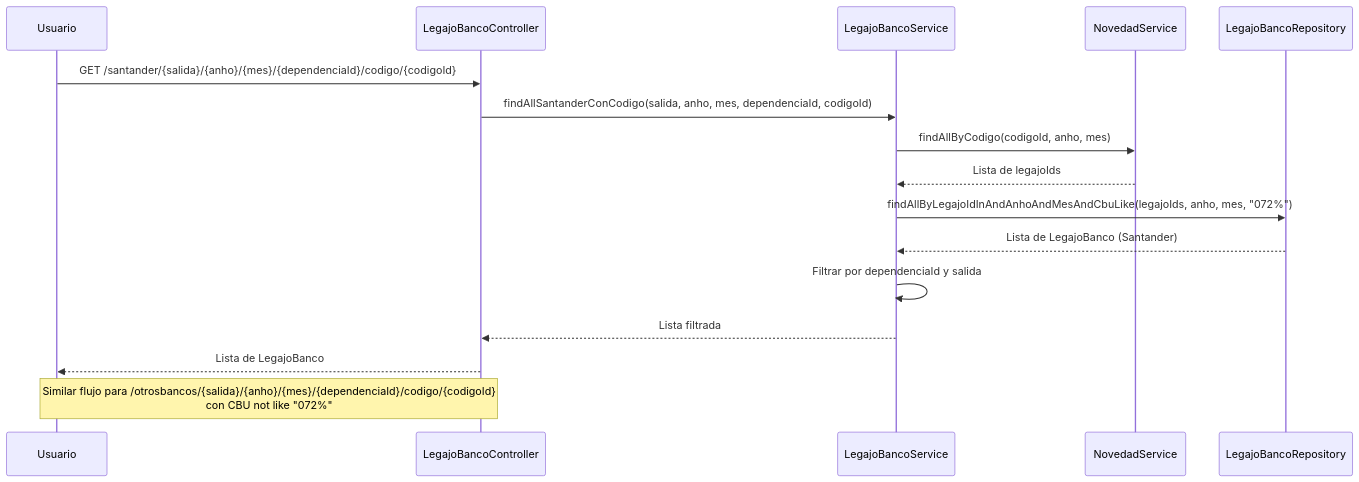
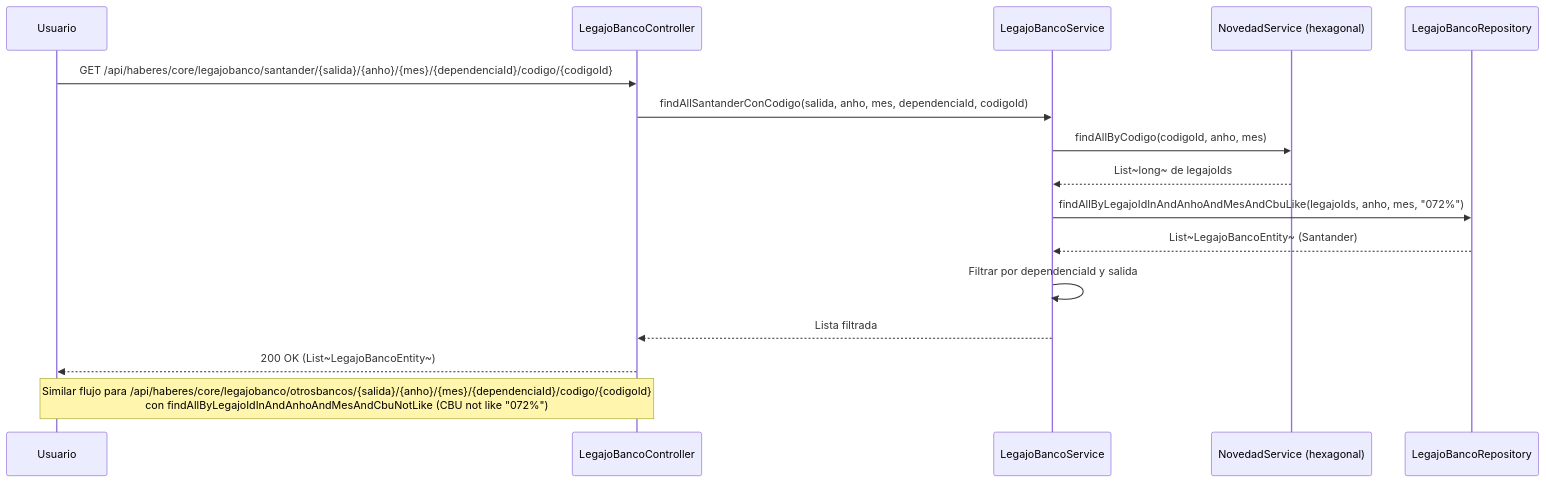
The diagram in docs/diagrams/flujo-legajobanco-filtro-codigo.mmd (UM-services/UM.haberes.core-service), drawn with Mermaid before and after one commit. The commit also changed 33 other files, not shown here.

First line of the commit message:
docs(diagrams): nuevos flujos y notas de 1.14.0

```diff
--- a/docs/diagrams/flujo-legajobanco-filtro-codigo.mmd
+++ b/docs/diagrams/flujo-legajobanco-filtro-codigo.mmd
@@ -1,18 +1,18 @@
 sequenceDiagram
     participant Usuario
     participant LegajoBancoController
     participant LegajoBancoService
-    participant NovedadService
+    participant NovedadService as NovedadService (hexagonal)
     participant LegajoBancoRepository
 
-    Usuario->>LegajoBancoController: GET /santander/{salida}/{anho}/{mes}/{dependenciaId}/codigo/{codigoId}
+    Usuario->>LegajoBancoController: GET /api/haberes/core/legajobanco/santander/{salida}/{anho}/{mes}/{dependenciaId}/codigo/{codigoId}
     LegajoBancoController->>LegajoBancoService: findAllSantanderConCodigo(salida, anho, mes, dependenciaId, codigoId)
     LegajoBancoService->>NovedadService: findAllByCodigo(codigoId, anho, mes)
-    NovedadService-->>LegajoBancoService: Lista de legajoIds
+    NovedadService-->>LegajoBancoService: List~long~ de legajoIds
     LegajoBancoService->>LegajoBancoRepository: findAllByLegajoIdInAndAnhoAndMesAndCbuLike(legajoIds, anho, mes, "072%")
-    LegajoBancoRepository-->>LegajoBancoService: Lista de LegajoBanco (Santander)
+    LegajoBancoRepository-->>LegajoBancoService: List~LegajoBancoEntity~ (Santander)
     LegajoBancoService->>LegajoBancoService: Filtrar por dependenciaId y salida
     LegajoBancoService-->>LegajoBancoController: Lista filtrada
-    LegajoBancoController-->>Usuario: Lista de LegajoBanco
+    LegajoBancoController-->>Usuario: 200 OK (List~LegajoBancoEntity~)
 
-    Note over Usuario,LegajoBancoController: Similar flujo para /otrosbancos/{salida}/{anho}/{mes}/{dependenciaId}/codigo/{codigoId}<br/>con CBU not like "072%"
+    Note over Usuario,LegajoBancoController: Similar flujo para /api/haberes/core/legajobanco/otrosbancos/{salida}/{anho}/{mes}/{dependenciaId}/codigo/{codigoId}<br/>con findAllByLegajoIdInAndAnhoAndMesAndCbuNotLike (CBU not like "072%")
```
